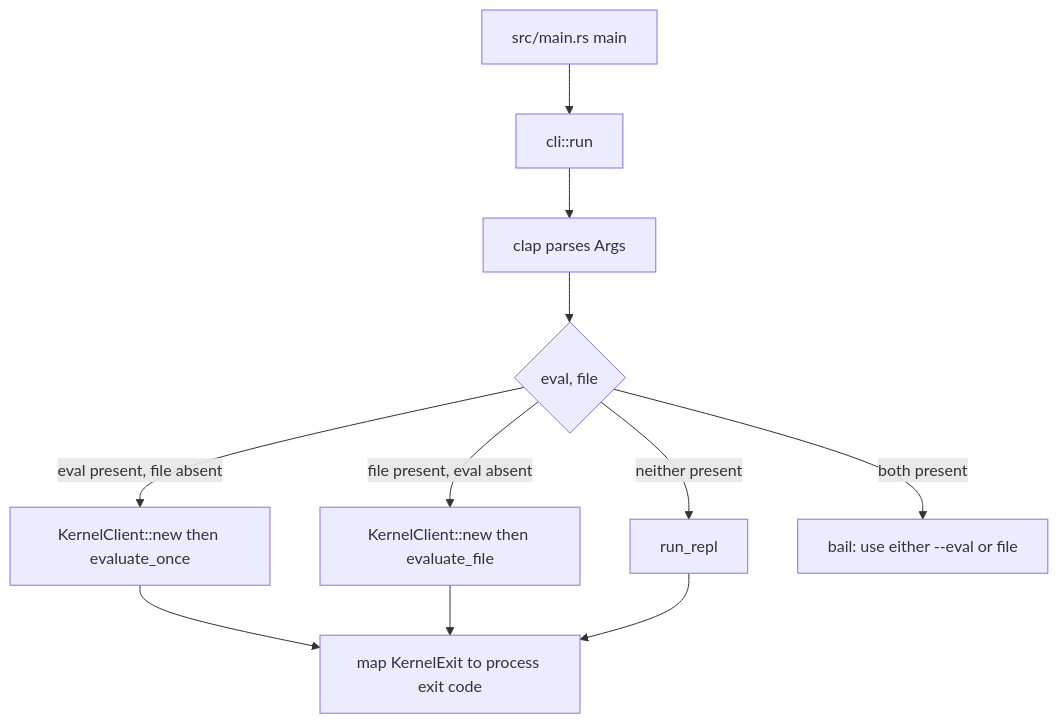
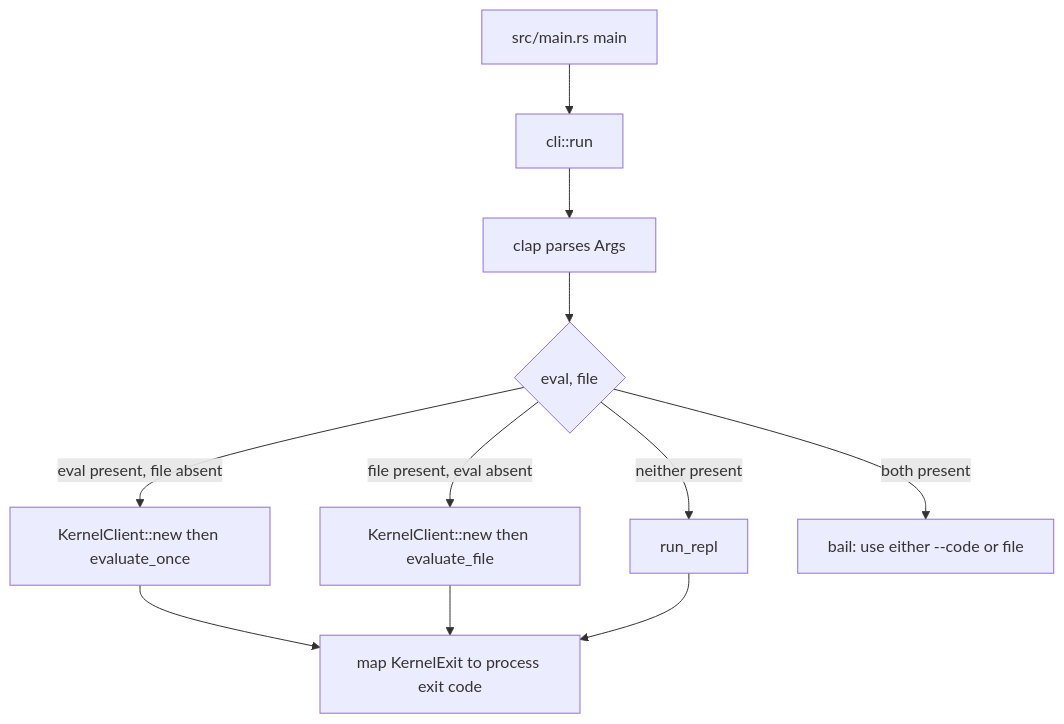
One commit to ToneAr/wolfram-cli changed the second of 15 diagrams in docs/Architecture.md. Above: the diagram before and after it, drawn with Mermaid. The commit also changed other lines of this file and 10 other files, not shown here.

````diff
--- a/docs/Architecture.md
+++ b/docs/Architecture.md
@@ -51,14 +51,14 @@
 ```mermaid
 flowchart TD
     Main[src/main.rs main] --> Run[cli::run]
     Run --> Parse[clap parses Args]
     Parse --> Branch{eval, file}
     Branch -->|eval present, file absent| Eval[KernelClient::new then evaluate_once]
     Branch -->|file present, eval absent| File[KernelClient::new then evaluate_file]
     Branch -->|neither present| Repl[run_repl]
-    Branch -->|both present| Error[bail: use either --eval or file]
+    Branch -->|both present| Error[bail: use either --code or file]
 
     Eval --> ExitMap[map KernelExit to process exit code]
     File --> ExitMap
     Repl --> ExitMap
 ```
````
